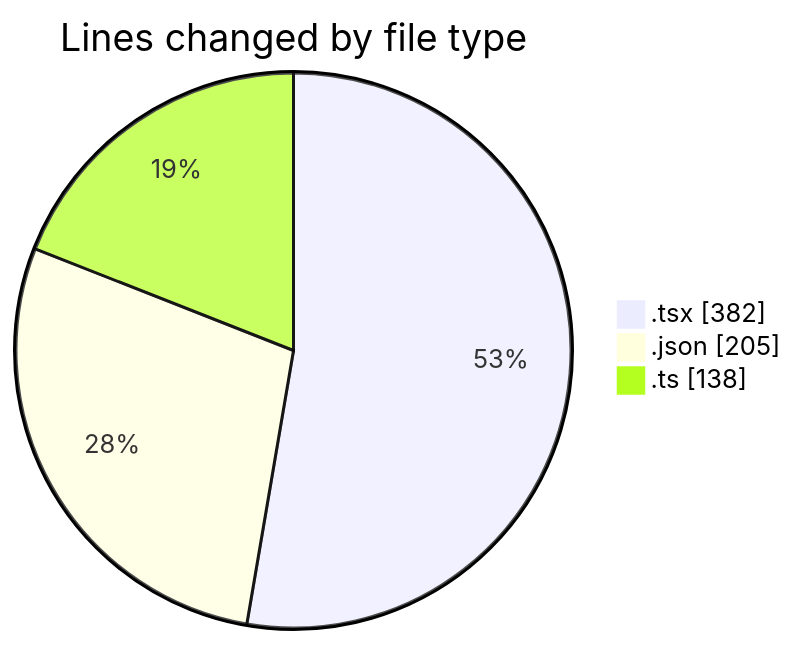
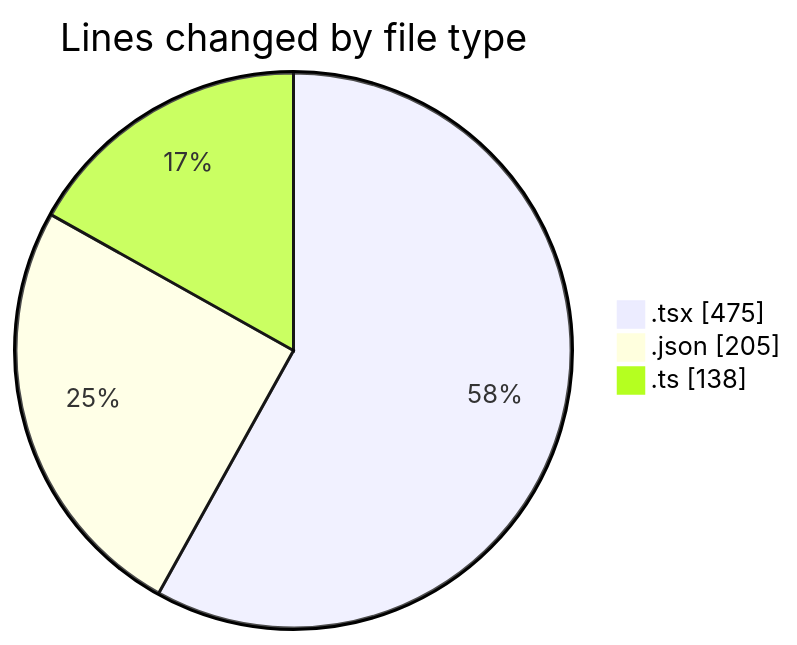
One commit to Elitesun/code-tracking changed the first of 2 diagrams in 2025-04-30/niten/README.md. Above: the diagram before and after it, drawn with Mermaid. The commit also changed other lines of this file and 1 other file, not shown here.

````diff
--- a/2025-04-30/niten/README.md
+++ b/2025-04-30/niten/README.md
@@ -33,7 +35,7 @@
 ```mermaid
 pie showData
 title Lines changed by file type
-".tsx" : 382
+".tsx" : 475
 ".json" : 205
 ".ts" : 138
 ```
````
